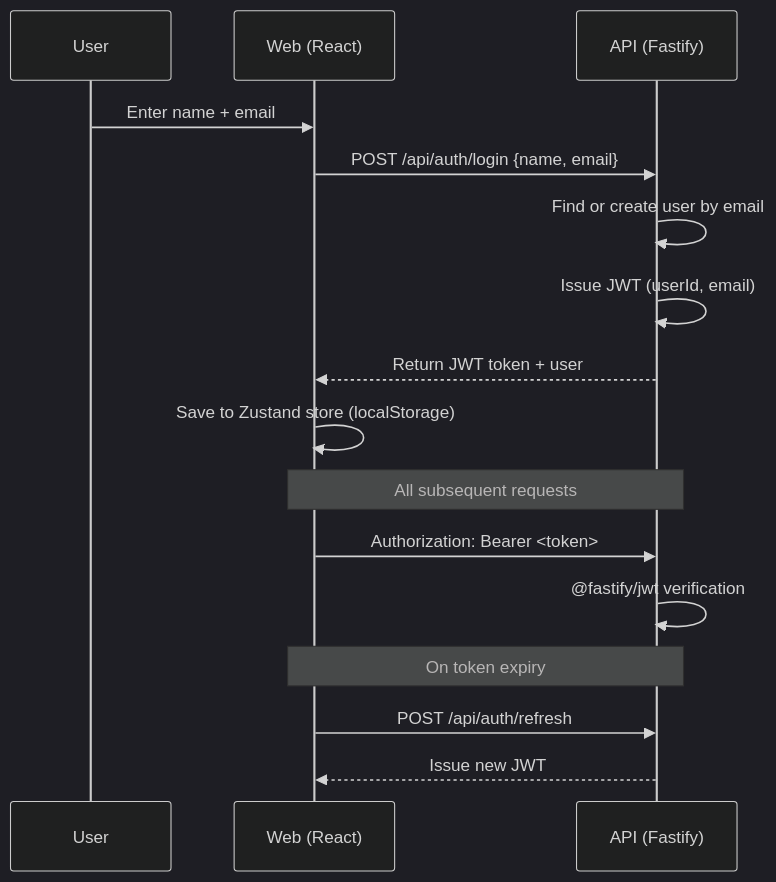
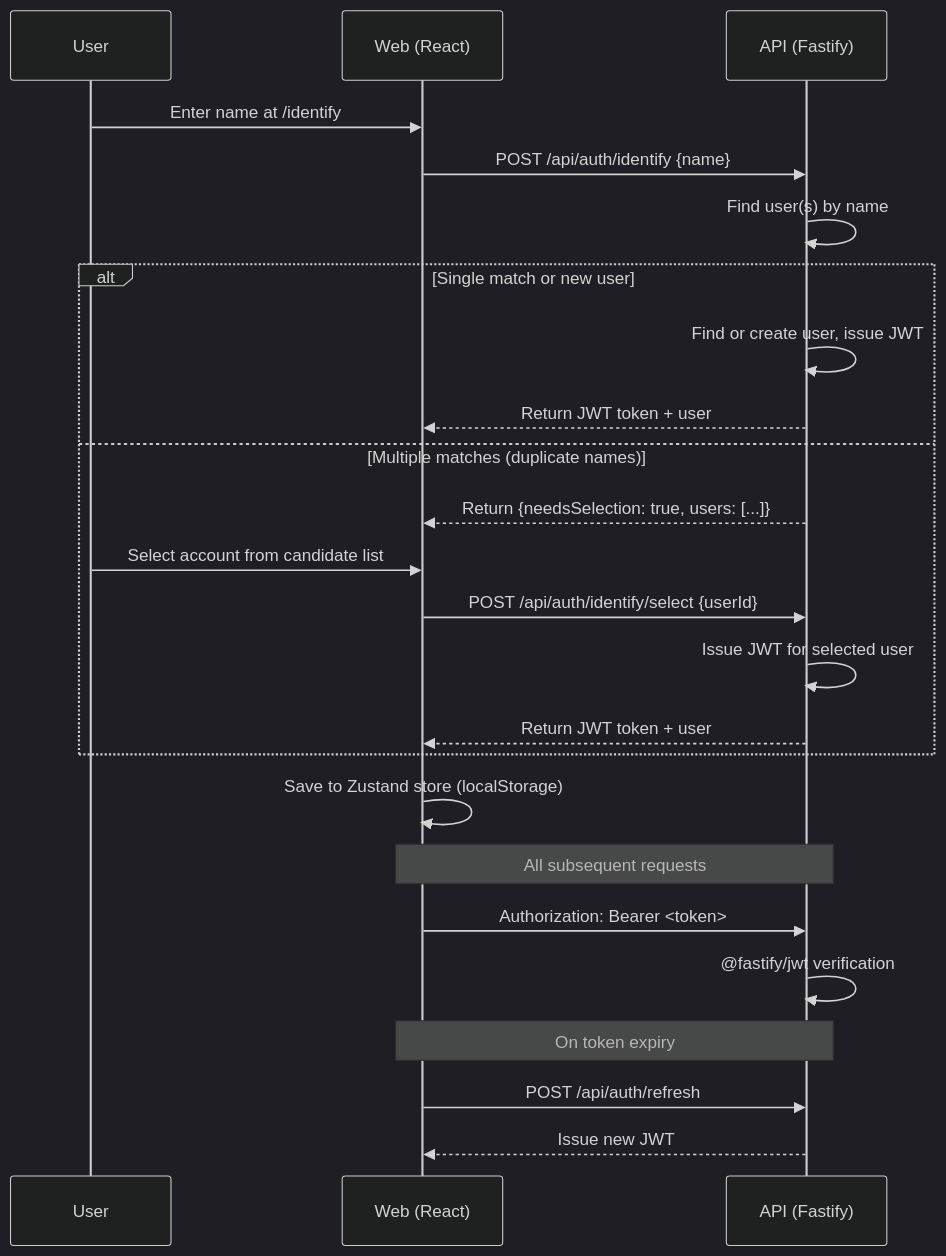
One commit to OkyoKwon/contextSync changed the second of 3 diagrams in docs/architecture.md. Above: the diagram before and after it, drawn with Mermaid (dark theme). The commit also changed other lines of this file and 12 other files, not shown here.

First line of the commit message:
docs: update documentation and UI for identify flow, clean up dead code

````diff
--- a/docs/architecture.md
+++ b/docs/architecture.md
@@ -262,21 +262,29 @@
 ```mermaid
 sequenceDiagram
     participant U as User
     participant W as Web (React)
     participant A as API (Fastify)
 
-    U->>W: Enter name + email
-    W->>A: POST /api/auth/login {name, email}
-    A->>A: Find or create user by email
-    A->>A: Issue JWT (userId, email)
-    A-->>W: Return JWT token + user
+    U->>W: Enter name at /identify
+    W->>A: POST /api/auth/identify {name}
+    A->>A: Find user(s) by name
+    alt Single match or new user
+        A->>A: Find or create user, issue JWT
+        A-->>W: Return JWT token + user
+    else Multiple matches (duplicate names)
+        A-->>W: Return {needsSelection: true, users: [...]}
+        U->>W: Select account from candidate list
+        W->>A: POST /api/auth/identify/select {userId}
+        A->>A: Issue JWT for selected user
+        A-->>W: Return JWT token + user
+    end
     W->>W: Save to Zustand store (localStorage)
 
     Note over W,A: All subsequent requests
     W->>A: Authorization: Bearer <token>
     A->>A: @fastify/jwt verification
 
     Note over W,A: On token expiry
     W->>A: POST /api/auth/refresh
     A-->>W: Issue new JWT
 ```
````
